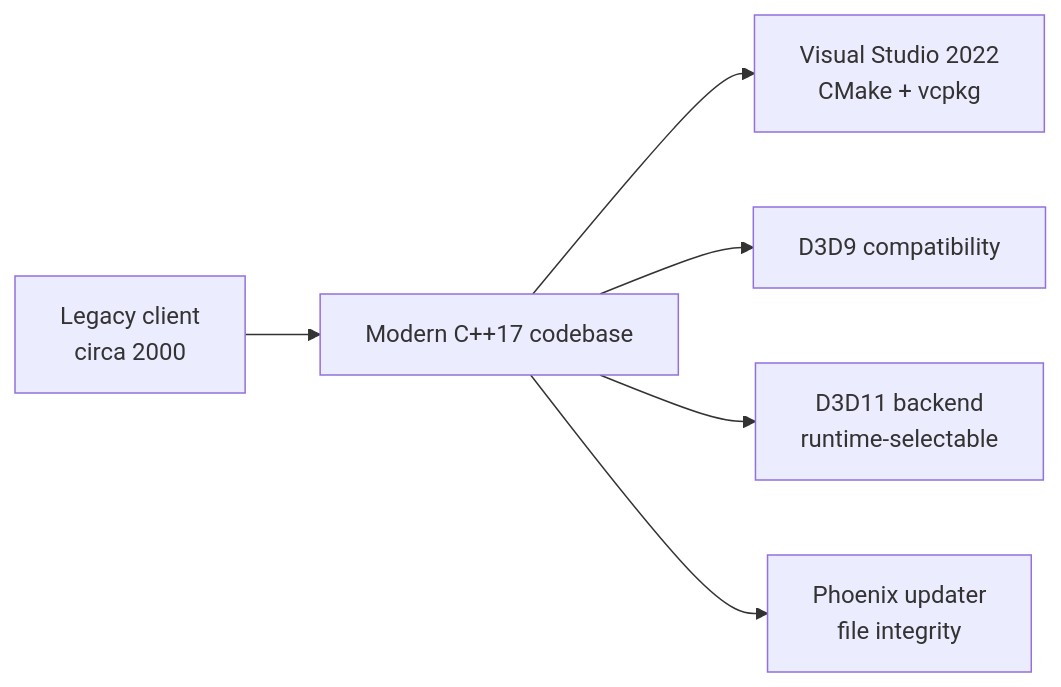
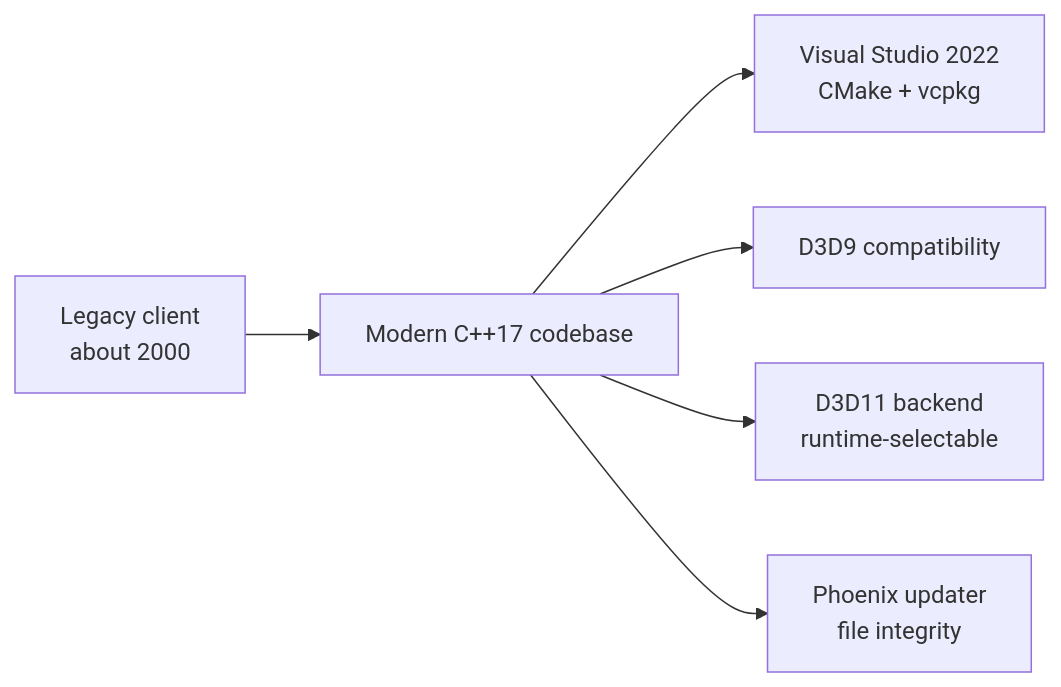
The diagram in Client/README.md (dkcommunity/DK-Project-Phoenix), drawn with Mermaid before and after one commit.

````diff
--- a/Client/README.md
+++ b/Client/README.md
@@ -32,8 +32,8 @@
 ```mermaid
 flowchart LR
-    A["Legacy client<br/>circa 2000"] --> B["Modern C++17 codebase"]
+    A["Legacy client<br/>about 2000"] --> B["Modern C++17 codebase"]
     B --> C["Visual Studio 2022<br/>CMake + vcpkg"]
     B --> D["D3D9 compatibility"]
     B --> E["D3D11 backend<br/>runtime-selectable"]
     B --> F["Phoenix updater<br/>file integrity"]
 ```
````
